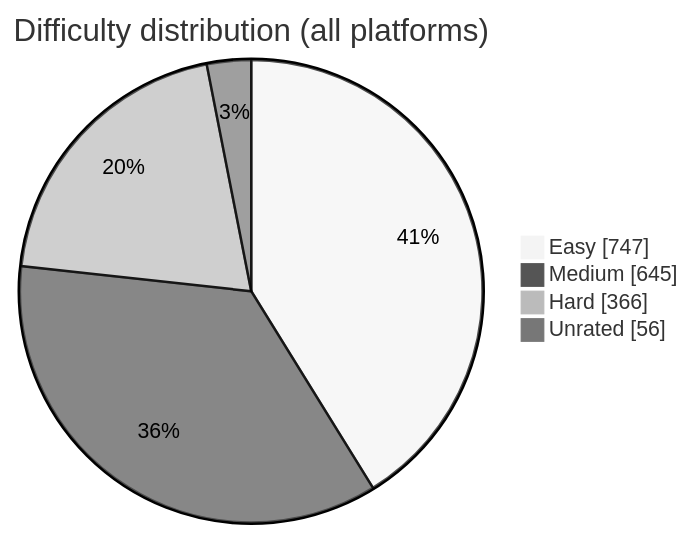
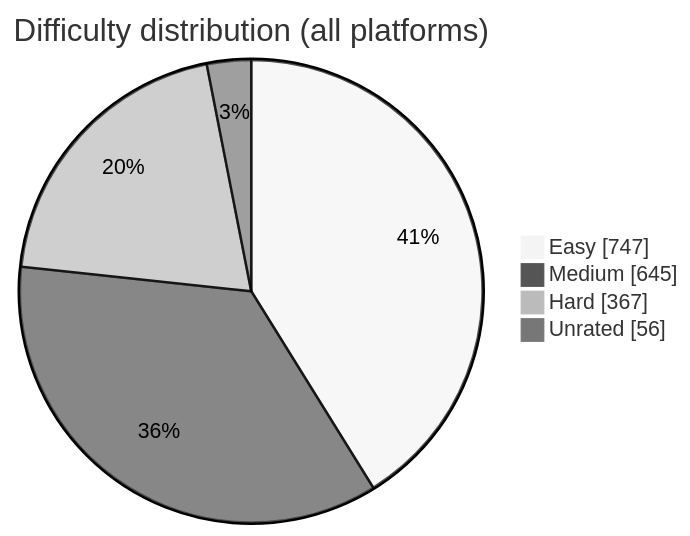
One commit to BuildbyArindam/Daily-Coding-Log changed the diagram in README.md. Above: the diagram before and after it, drawn with Mermaid (neutral theme). The commit also changed other lines of this file, not shown here.

````diff
--- a/README.md
+++ b/README.md
@@ -108,7 +108,7 @@
 ```mermaid
 pie showData title Difficulty distribution (all platforms)
     "Easy" : 747
     "Medium" : 645
-    "Hard" : 366
+    "Hard" : 367
     "Unrated" : 56
 ```
````
